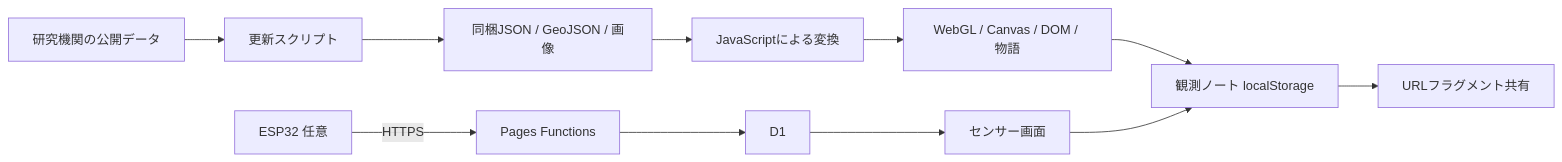
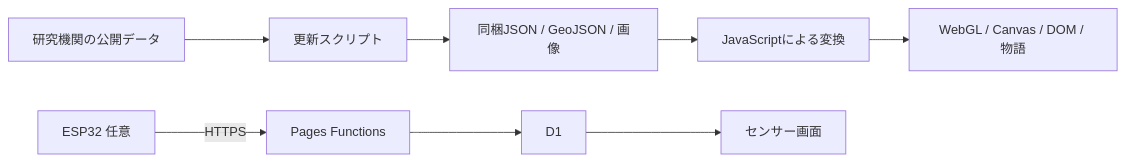
The diagram in docs/CONTEST_2026_SUBMISSION.md (hinahina-vr/gaia-senseware), drawn with Mermaid before and after one commit. The commit also changed other lines of this file and 79 other files, not shown here.

````diff
--- a/docs/CONTEST_2026_SUBMISSION.md
+++ b/docs/CONTEST_2026_SUBMISSION.md
@@ -20,13 +20,10 @@
 ```mermaid
 flowchart LR
   A[研究機関の公開データ] --> B[更新スクリプト]
   B --> C[同梱JSON / GeoJSON / 画像]
   C --> D[JavaScriptによる変換]
   D --> E[WebGL / Canvas / DOM / 物語]
   F[ESP32 任意] -->|HTTPS| G[Pages Functions]
   G --> H[D1]
   H --> I[センサー画面]
-  E --> J[観測ノート localStorage]
-  I --> J
-  J --> K[URLフラグメント共有]
 ```
````
